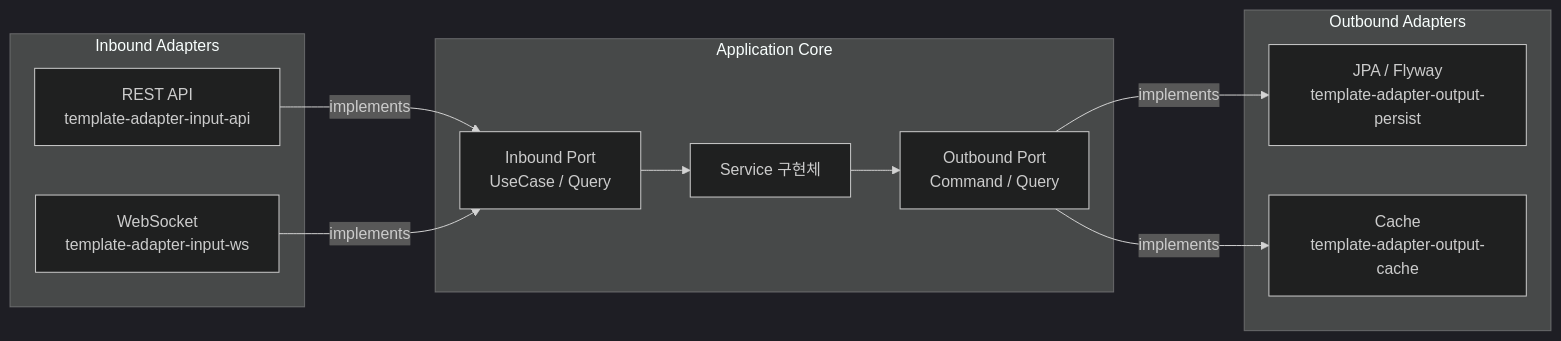
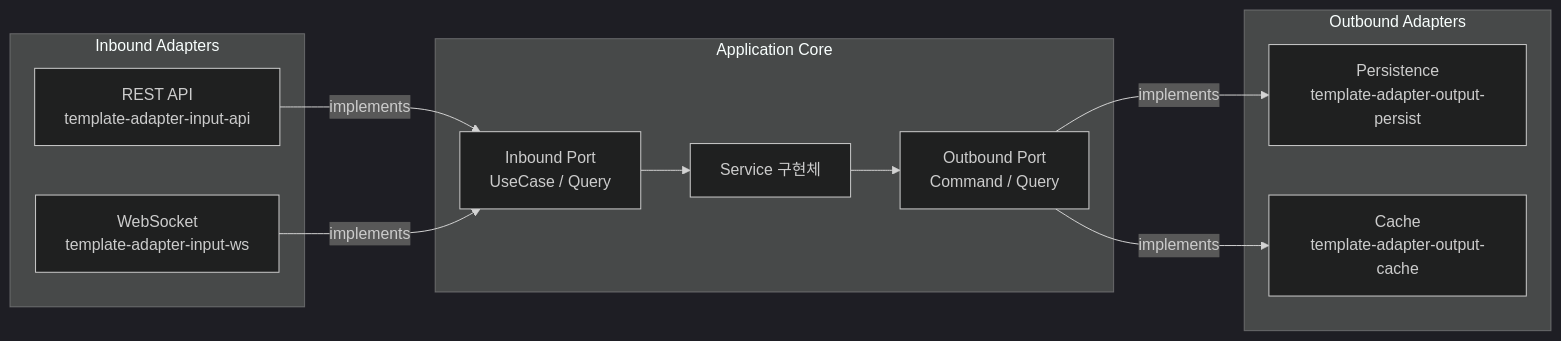
The second of 2 diagrams in README.md (ppzxc/spring-vibe-boilerplate), drawn with Mermaid (dark theme) before and after one commit. The commit also changed other lines of this file and 16 other files, not shown here.

First line of the commit message:
refactor: remove PostgreSQL/Flyway enforcement from persist module (#12)

````diff
--- a/README.md
+++ b/README.md
@@ -89,25 +87,25 @@
 ```mermaid
 graph LR
     subgraph Inbound Adapters
         A1[REST API\ntemplate-adapter-input-api]
         A2[WebSocket\ntemplate-adapter-input-ws]
     end
 
     subgraph Application Core
         P1[Inbound Port\n UseCase / Query]
         SVC[Service 구현체]
         P2[Outbound Port\n Command / Query]
     end
 
     subgraph Outbound Adapters
-        O1[JPA / Flyway\ntemplate-adapter-output-persist]
+        O1[Persistence\ntemplate-adapter-output-persist]
         O2[Cache\ntemplate-adapter-output-cache]
     end
 
     A1 -->|implements| P1
     A2 -->|implements| P1
     P1 --> SVC
     SVC --> P2
     P2 -->|implements| O1
     P2 -->|implements| O2
 ```
````
